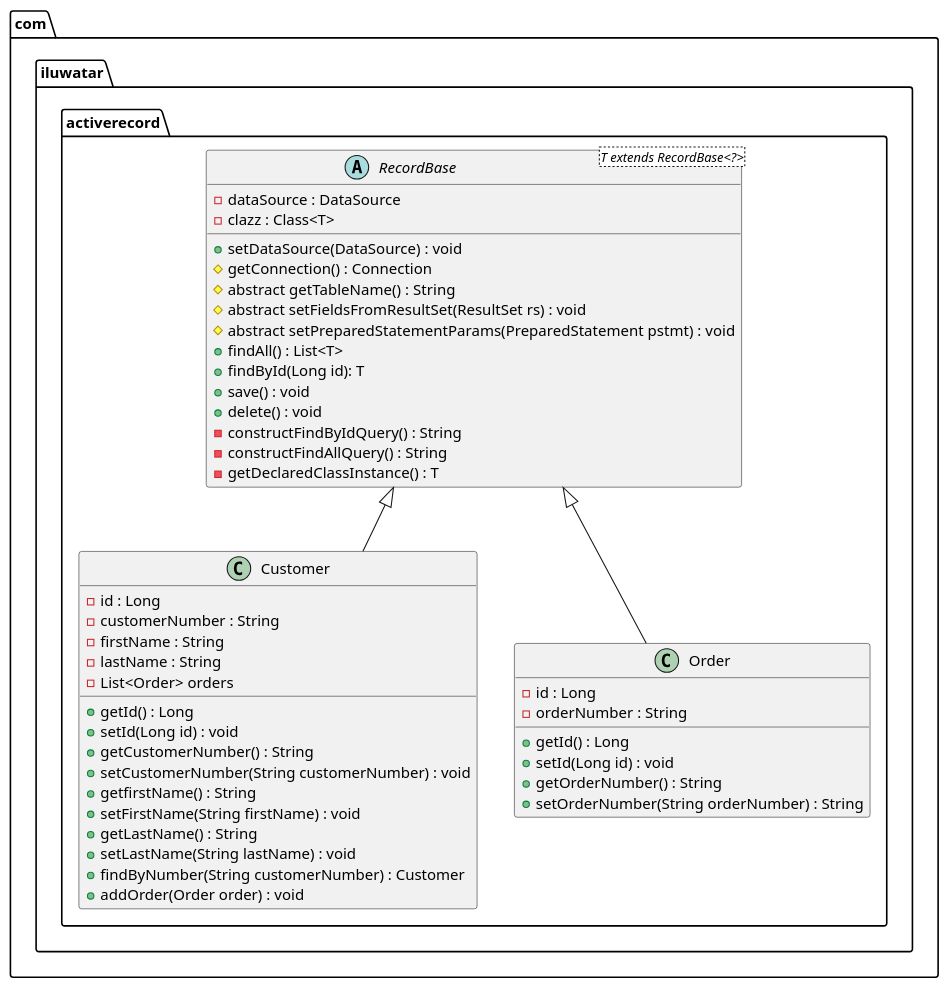
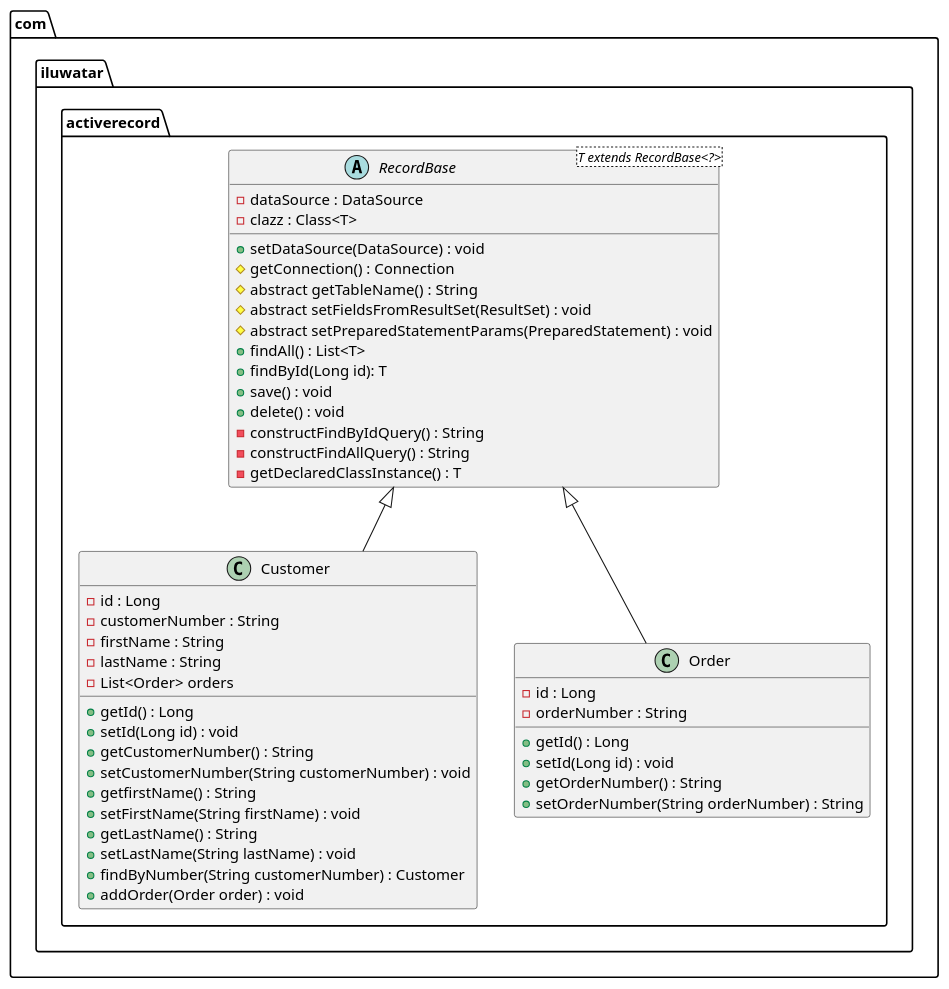
One commit to iluwatar/java-design-patterns changed the diagram in active-record/etc/active-record.urm.puml. Above: the diagram before and after it, drawn with PlantUML. The commit also changed 7 other files, not shown here.

```diff
--- a/active-record/etc/active-record.urm.puml
+++ b/active-record/etc/active-record.urm.puml
@@ -1,47 +1,47 @@
 @startuml
 package com.iluwatar.activerecord {
   abstract class RecordBase<T extends RecordBase<?>> {
     - dataSource : DataSource
     - clazz : Class<T>
     + setDataSource(DataSource) : void
     # getConnection() : Connection
     # abstract getTableName() : String
-    # abstract setFieldsFromResultSet(ResultSet rs) : void
-    # abstract setPreparedStatementParams(PreparedStatement pstmt) : void
+    # abstract setFieldsFromResultSet(ResultSet) : void
+    # abstract setPreparedStatementParams(PreparedStatement) : void
     + findAll() : List<T>
     + findById(Long id): T
     + save() : void
     + delete() : void
     - constructFindByIdQuery() : String
     - constructFindAllQuery() : String
     - getDeclaredClassInstance() : T
   }
 
   class Customer extends RecordBase {
     - id : Long
     - customerNumber : String
     - firstName : String
     - lastName : String
     - List<Order> orders
     + getId() : Long
     + setId(Long id) : void
     + getCustomerNumber() : String
     + setCustomerNumber(String customerNumber) : void
     + getfirstName() : String
     + setFirstName(String firstName) : void
     + getLastName() : String
     + setLastName(String lastName) : void
     + findByNumber(String customerNumber) : Customer
     + addOrder(Order order) : void
   }
 
   class Order extends RecordBase {
     - id : Long
     - orderNumber : String
     + getId() : Long
     + setId(Long id) : void
     + getOrderNumber() : String
     + setOrderNumber(String orderNumber) : String
   }
 }
 @enduml
```
